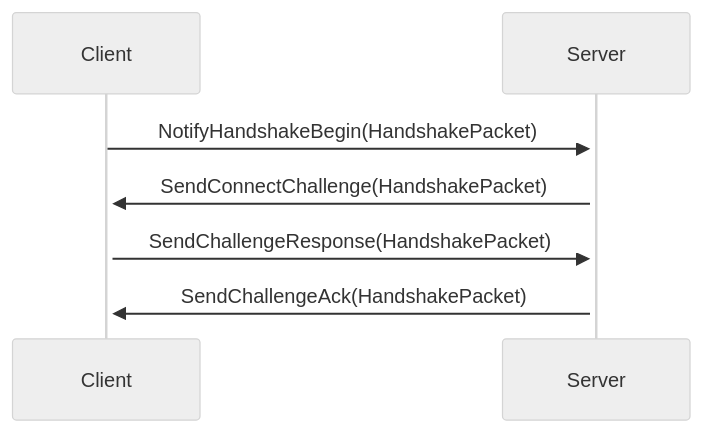
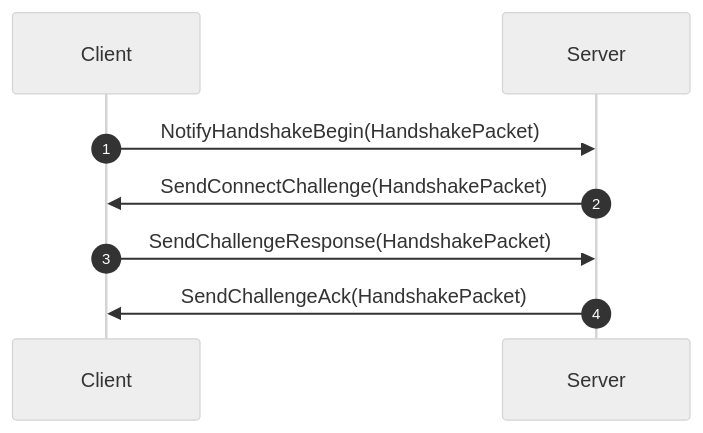
The third of 8 diagrams in _posts/2022-11-13-utcp_handshake.md (dpull/dpull.github.io), drawn with Mermaid (neutral theme) before and after one commit. The commit also changed other lines of this file, not shown here.

````diff
--- a/_posts/2022-11-13-utcp_handshake.md
+++ b/_posts/2022-11-13-utcp_handshake.md
@@ -18,7 +51,8 @@
 ```mermaid
 sequenceDiagram
-    Client->>+Server: NotifyHandshakeBegin(HandshakePacket)
-    Server->>+Client: SendConnectChallenge(HandshakePacket)
-    Client->>+Server: SendChallengeResponse(HandshakePacket)
-    Server->>+Client: SendChallengeAck(HandshakePacket)
+    autonumber
+    Client->>Server: NotifyHandshakeBegin(HandshakePacket)
+    Server->>Client: SendConnectChallenge(HandshakePacket)
+    Client->>Server: SendChallengeResponse(HandshakePacket)
+    Server->>Client: SendChallengeAck(HandshakePacket)
 ```
````
